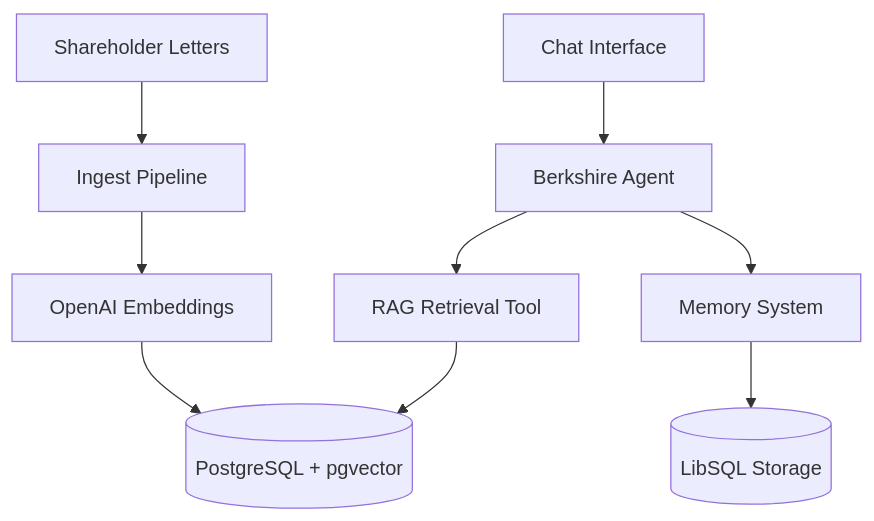
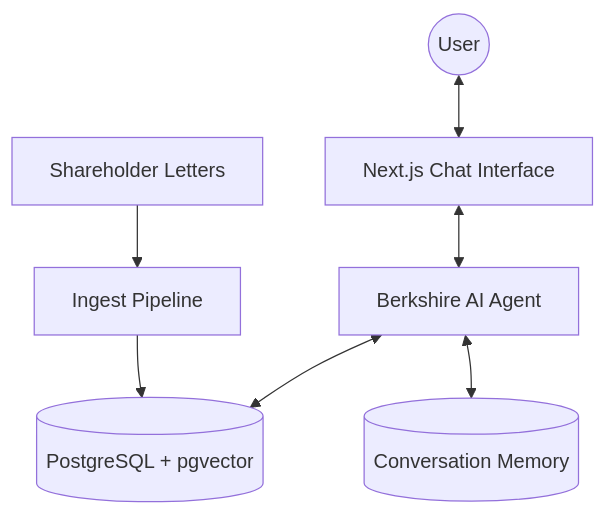
Before and after one commit to delisha02/berkshire-hathaway-intelligence: the diagram in README.md, drawn with Mermaid.

Commit message:
docs: simplify architecture diagram

````diff
--- a/README.md
+++ b/README.md
@@ -18,11 +18,10 @@
 ```mermaid
-flowchart TB
-    UI[Chat Interface] --> Agent[Berkshire Agent]
-    Agent --> RAG[RAG Retrieval Tool]
-    RAG --> PG[(PostgreSQL + pgvector)]
-    Agent --> Memory[Memory System]
-    Memory --> LibSQL[(LibSQL Storage)]
-    PDF[Shareholder Letters] --> Ingest[Ingest Pipeline]
-    Ingest --> Embed[OpenAI Embeddings]
-    Embed --> PG
+graph TD
+    User((User)) <--> UI[Next.js Chat Interface]
+    UI <--> Agent[Berkshire AI Agent]
+    Agent <--> DB[(PostgreSQL + pgvector)]
+    Agent <--> Mem[(Conversation Memory)]
+    
+    Docs[Shareholder Letters] --> Ingest[Ingest Pipeline]
+    Ingest --> DB
 ```
````
